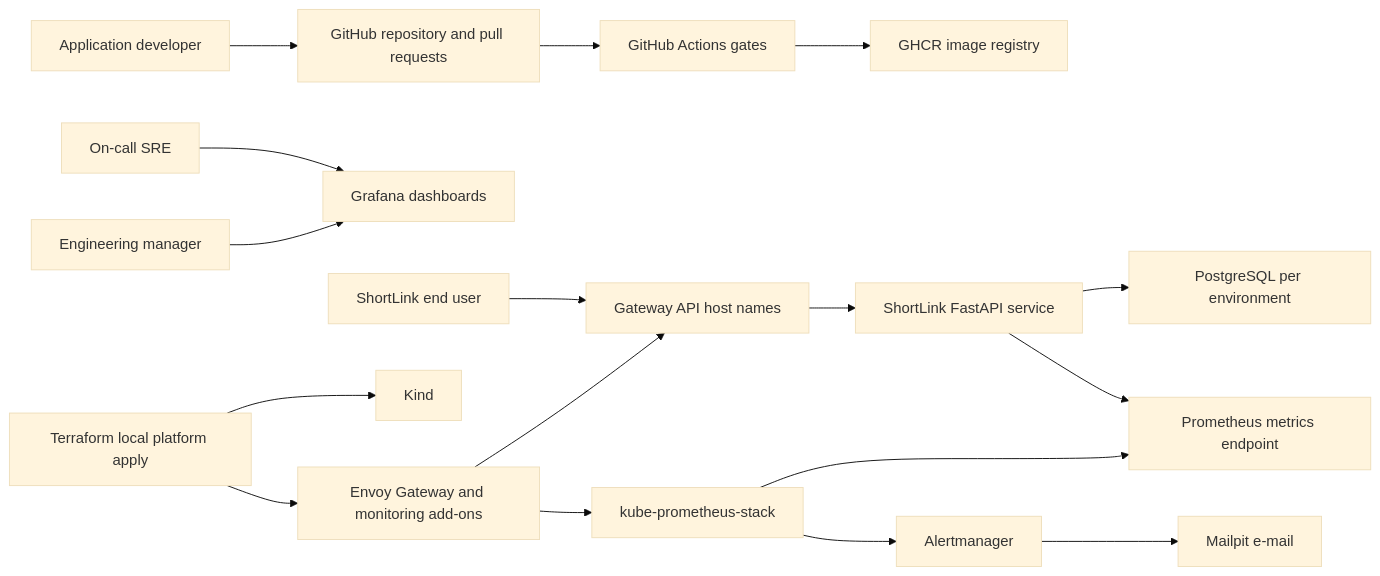
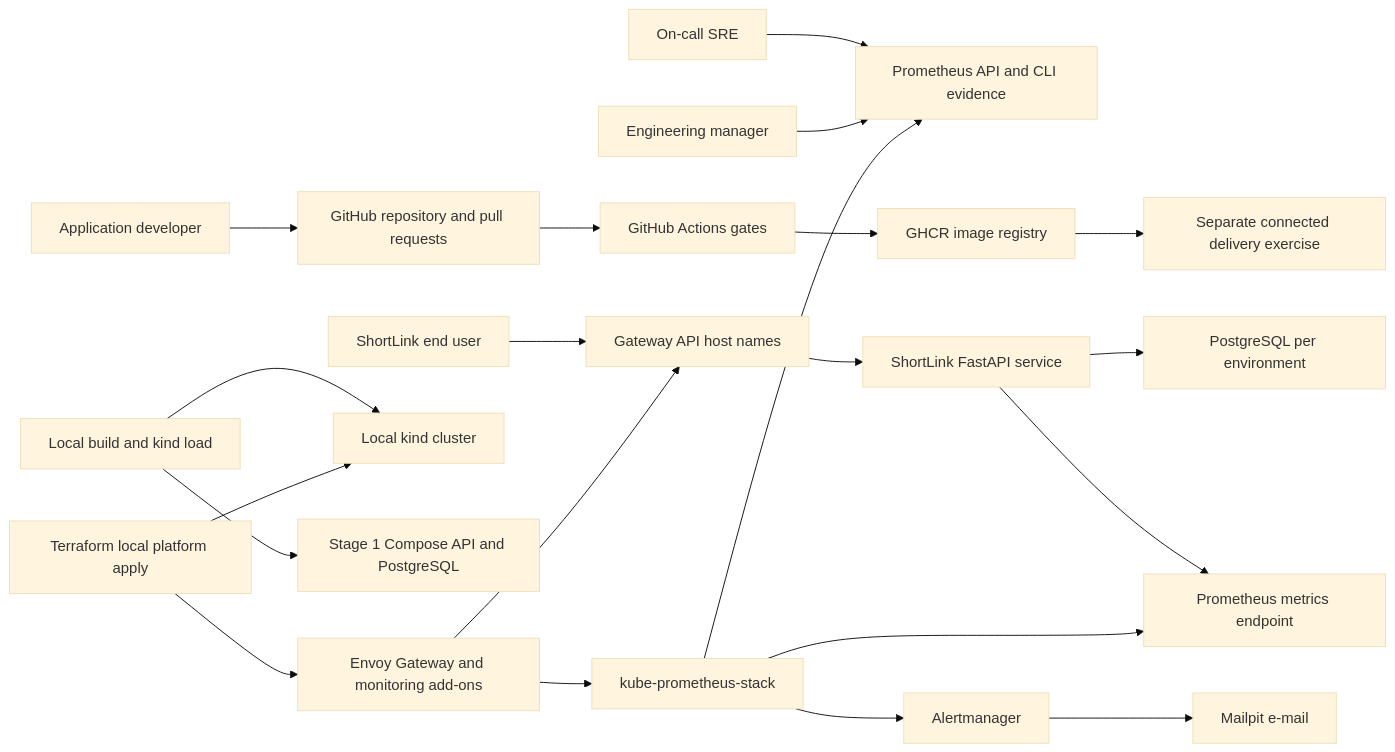
The first of 7 diagrams in docs/05-system-architecture.md (sukurcf/spec-shipit-devops-platform), drawn with Mermaid (base theme) before and after one commit. The commit also changed other lines of this file and 14 other files, not shown here.

````diff
--- a/docs/05-system-architecture.md
+++ b/docs/05-system-architecture.md
@@ -11,19 +11,23 @@
 ```mermaid
 flowchart LR
   Dev["Application developer"] --> GH["GitHub repository and pull requests"]
-  SRE["On-call SRE"] --> Grafana["Grafana dashboards"]
-  Manager["Engineering manager"] --> Grafana
+  SRE["On-call SRE"] --> Evidence["Prometheus API and CLI evidence"]
+  Manager["Engineering manager"] --> Evidence
   User["ShortLink end user"] --> Gateway["Gateway API host names"]
   GH --> CI["GitHub Actions gates"]
   CI --> GHCR["GHCR image registry"]
+  LocalBuild["Local build and kind load"] --> Kind["Local kind cluster"]
+  LocalBuild --> Compose["Stage 1 Compose API and PostgreSQL"]
+  GHCR --> RegistryProof["Separate connected delivery exercise"]
   Gateway --> API["ShortLink FastAPI service"]
   API --> PG["PostgreSQL per environment"]
   API --> Metrics["Prometheus metrics endpoint"]
   Prom["kube-prometheus-stack"] --> Metrics
   Prom --> Alertmanager["Alertmanager"]
+  Prom --> Evidence
   Alertmanager --> Mailpit["Mailpit e-mail"]
   Terraform["Terraform local platform apply"] --> Kind
   Terraform --> Addons["Envoy Gateway and monitoring add-ons"]
   Addons --> Gateway
   Addons --> Prom
 ```
````
